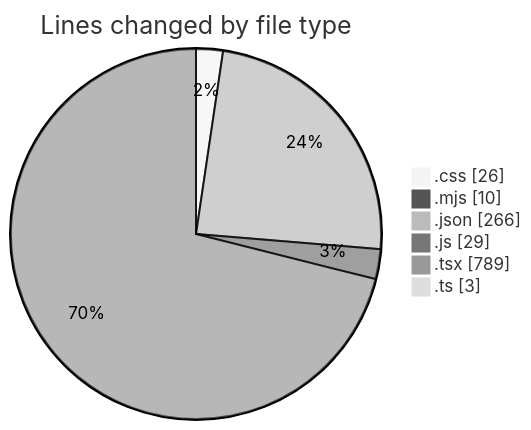
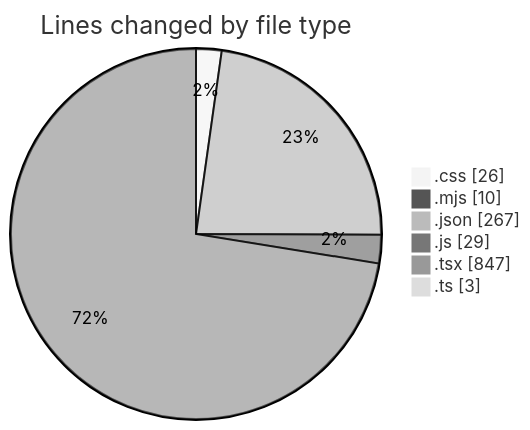
One commit to Ritupan-Deka/code-tracking changed the first of 2 diagrams in 2025-06-23/scopecraft/README.md. Above: the diagram before and after it, drawn with Mermaid (neutral theme). The commit also changed other lines of this file and 1 other file, not shown here.

````diff
--- a/2025-06-23/scopecraft/README.md
+++ b/2025-06-23/scopecraft/README.md
@@ -36,10 +38,10 @@
 ```mermaid
 pie showData
 title Lines changed by file type
 ".css" : 26
 ".mjs" : 10
-".json" : 266
+".json" : 267
 ".js" : 29
-".tsx" : 789
+".tsx" : 847
 ".ts" : 3
 ```
````
